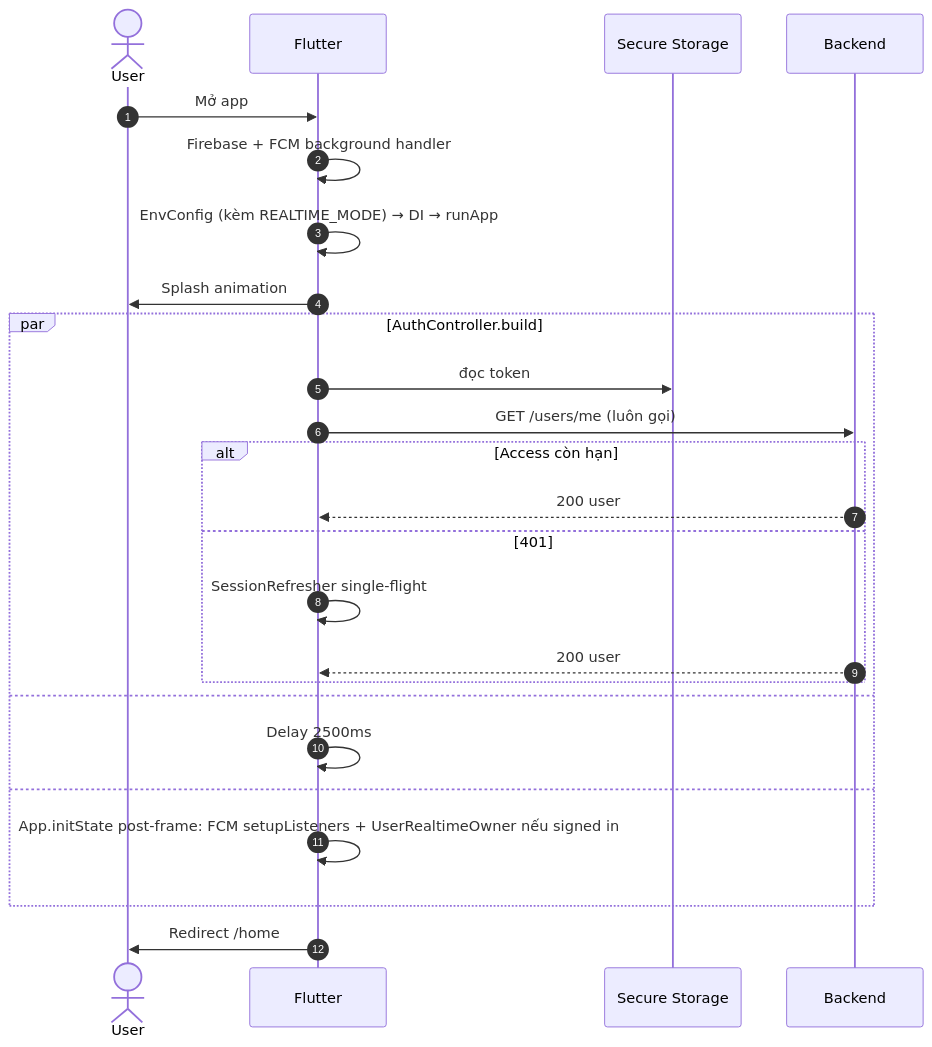
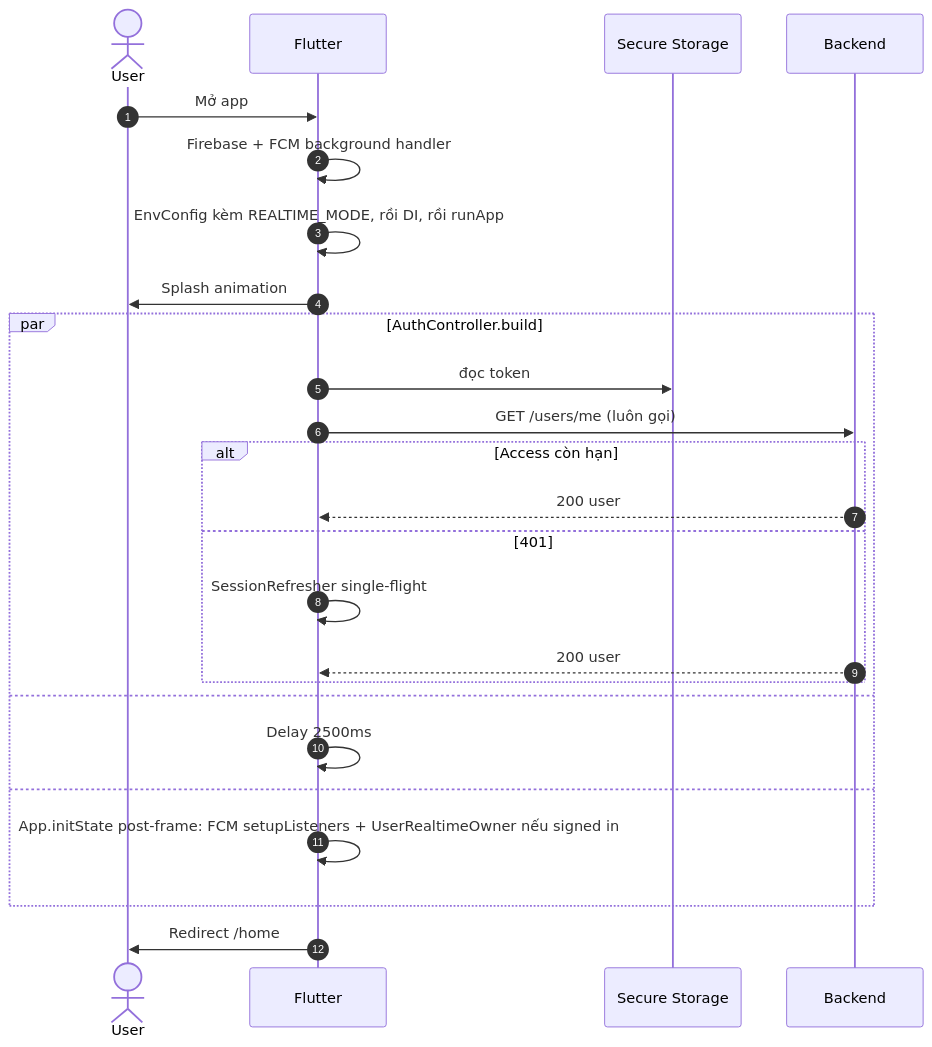
Before and after one commit to FintechVSF-Tranning/PaySplit-RP: the first of 6 diagrams in flow/07-app-startup-network.md, drawn with Mermaid. The commit also changed other lines of this file and 7 other files, not shown here.

First line of the commit message:
Refactor notification flow and admin management documentation

````diff
--- a/flow/07-app-startup-network.md
+++ b/flow/07-app-startup-network.md
@@ -101,28 +101,28 @@
 ```mermaid
 sequenceDiagram
     autonumber
     actor U as User
     participant FE as Flutter
     participant SS as Secure Storage
     participant BE as Backend
 
     U->>FE: Mở app
     FE->>FE: Firebase + FCM background handler
-    FE->>FE: EnvConfig (kèm REALTIME_MODE) → DI → runApp
+    FE->>FE: EnvConfig kèm REALTIME_MODE, rồi DI, rồi runApp
     FE->>U: Splash animation
     par AuthController.build
         FE->>SS: đọc token
         FE->>BE: GET /users/me (luôn gọi)
         alt Access còn hạn
             BE-->>FE: 200 user
         else 401
             FE->>FE: SessionRefresher single-flight
             BE-->>FE: 200 user
         end
     and
         FE->>FE: Delay 2500ms
     and
         FE->>FE: App.initState post-frame: FCM setupListeners + UserRealtimeOwner nếu signed in
     end
     FE->>U: Redirect /home
 ```
````
